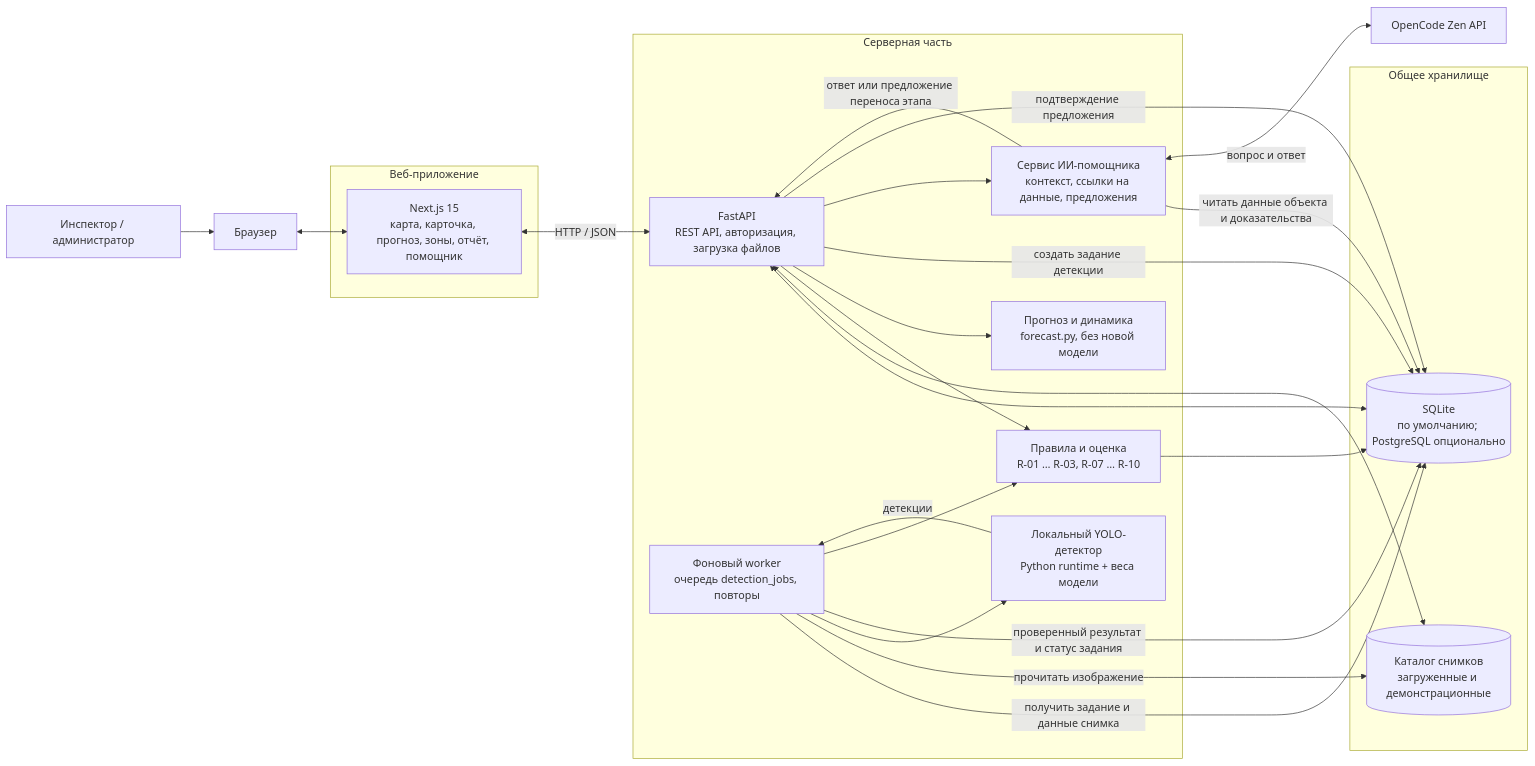
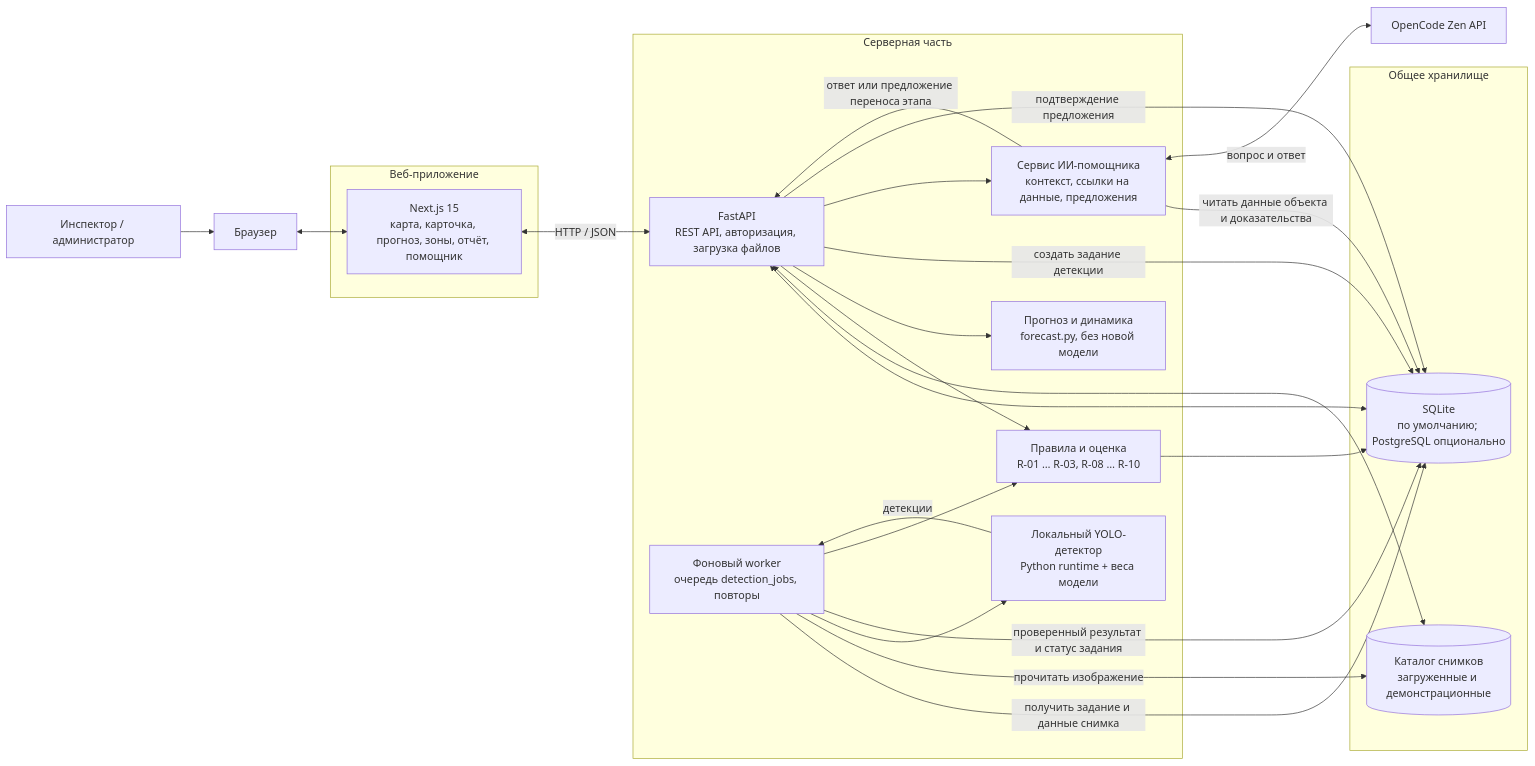
Before and after one commit to BaskovKonstantin/BuildWatch: the diagram in docs/architecture.md, drawn with Mermaid. The commit also changed 11 other files, not shown here.

````diff
--- a/docs/architecture.md
+++ b/docs/architecture.md
@@ -5,49 +5,49 @@
 ```mermaid
 flowchart LR
     Person[Инспектор / администратор]
     Browser[Браузер]
 
     subgraph Web[Веб-приложение]
         Next[Next.js 15\nкарта, карточка, прогноз, зоны, отчёт, помощник]
     end
 
     subgraph App[Серверная часть]
         API[FastAPI\nREST API, авторизация, загрузка файлов]
-        Rules[Правила и оценка\nR-01 … R-03, R-07 … R-10]
+        Rules[Правила и оценка\nR-01 … R-03, R-08 … R-10]
         Forecast[Прогноз и динамика\nforecast.py, без новой модели]
         Assistant[Сервис ИИ-помощника\nконтекст, ссылки на данные, предложения]
         Worker[Фоновый worker\nочередь detection_jobs, повторы]
         YOLO[Локальный YOLO-детектор\nPython runtime + веса модели]
     end
 
     subgraph Data[Общее хранилище]
         DB[(SQLite\nпо умолчанию; PostgreSQL опционально)]
         Media[(Каталог снимков\nзагруженные и демонстрационные)]
     end
 
     Zen[OpenCode Zen API]
 
     Person --> Browser
     Browser <--> Next
     Next <--> |HTTP / JSON| API
 
     API <--> DB
     API <--> Media
     API --> Rules
     API --> Forecast
     Rules --> DB
 
     API -->|создать задание детекции| DB
     Worker -->|получить задание и данные снимка| DB
     Worker -->|прочитать изображение| Media
     Worker --> YOLO
     YOLO -->|детекции| Worker
     Worker -->|проверенный результат и статус задания| DB
     Worker --> Rules
 
     API --> Assistant
     Assistant -->|читать данные объекта и доказательства| DB
     Assistant <-->|вопрос и ответ| Zen
     Assistant -->|ответ или предложение переноса этапа| API
     API -->|подтверждение предложения| DB
 ```
````
